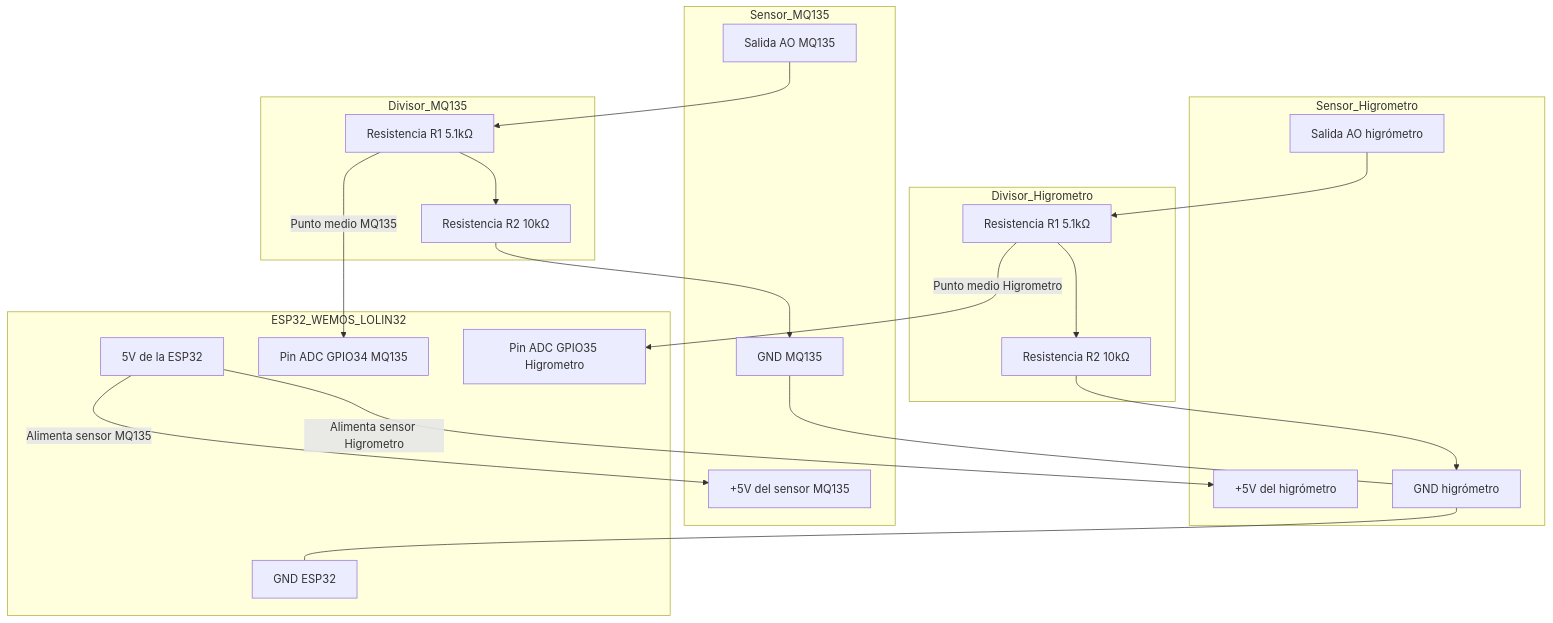
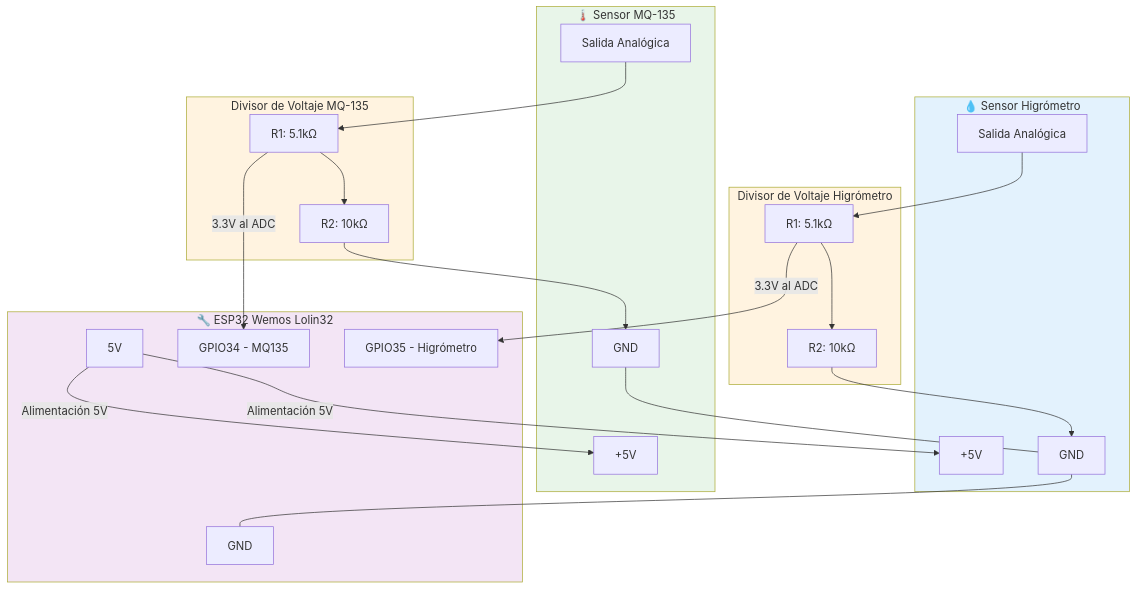
Before and after one commit to marlilycelis/sena-project-respira: the diagram in docs/conexiones.md, drawn with Mermaid. The commit also changed other lines of this file and 4 other files, not shown here.

````diff
--- a/docs/conexiones.md
+++ b/docs/conexiones.md
@@ -6,52 +26,58 @@
-<div class="mermaid">
+```mermaid
 graph TD
     %% ==== SENSOR MQ-135 ====
-    subgraph Sensor_MQ135
-        VCC5V[+5V del sensor MQ135]
-        AO[Salida AO MQ135]
-        GND_MQ[GND MQ135]
+    subgraph Sensor_MQ135["🌡️ Sensor MQ-135"]
+        VCC5V["+5V"]
+        AO["Salida Analógica"]
+        GND_MQ["GND"]
     end
 
     %% ==== SENSOR HIGRÓMETRO ====
-    subgraph Sensor_Higrometro
-        VCC_HIGRO[+5V del higrómetro]
-        AO_HIGRO[Salida AO higrómetro]
-        GND_HIGRO[GND higrómetro]
+    subgraph Sensor_Higrometro["💧 Sensor Higrómetro"]
+        VCC_HIGRO["+5V"]
+        AO_HIGRO["Salida Analógica"]
+        GND_HIGRO["GND"]
     end
 
     %% ==== DIVISORES ====
-    subgraph Divisor_MQ135
-        R1_MQ[Resistencia R1 5.1kΩ]
-        R2_MQ[Resistencia R2 10kΩ]
+    subgraph Divisor_MQ135["Divisor de Voltaje MQ-135"]
+        R1_MQ["R1: 5.1kΩ"]
+        R2_MQ["R2: 10kΩ"]
     end
 
-    subgraph Divisor_Higrometro
-        R1_H[Resistencia R1 5.1kΩ]
-        R2_H[Resistencia R2 10kΩ]
+    subgraph Divisor_Higrometro["Divisor de Voltaje Higrómetro"]
+        R1_H["R1: 5.1kΩ"]
+        R2_H["R2: 10kΩ"]
     end
 
     %% ==== ESP32 ====
-    subgraph ESP32_WEMOS_LOLIN32
-        VCC_ESP[5V de la ESP32]
-        ADC_MQ[Pin ADC GPIO34 MQ135]
-        ADC_H[Pin ADC GPIO35 Higrometro]
-        GND_ESP[GND ESP32]
+    subgraph ESP32_WEMOS_LOLIN32["🔧 ESP32 Wemos Lolin32"]
+        VCC_ESP["5V"]
+        ADC_MQ["GPIO34 - MQ135"]
+        ADC_H["GPIO35 - Higrómetro"]
+        GND_ESP["GND"]
     end
 
     %% ==== CONEXIONES MQ-135 ====
-    VCC_ESP -->|Alimenta sensor MQ135| VCC5V
+    VCC_ESP -->|"Alimentación 5V"| VCC5V
     AO --> R1_MQ
-    R1_MQ -->|Punto medio MQ135| ADC_MQ
+    R1_MQ -->|"3.3V al ADC"| ADC_MQ
     R1_MQ --> R2_MQ
     R2_MQ --> GND_MQ
 
     %% ==== CONEXIONES HIGRÓMETRO ====
-    VCC_ESP -->|Alimenta sensor Higrometro| VCC_HIGRO
+    VCC_ESP -->|"Alimentación 5V"| VCC_HIGRO
     AO_HIGRO --> R1_H
-    R1_H -->|Punto medio Higrometro| ADC_H
+    R1_H -->|"3.3V al ADC"| ADC_H
     R1_H --> R2_H
     R2_H --> GND_HIGRO
 
     %% ==== GND COMÚN ====
     GND_MQ --- GND_HIGRO --- GND_ESP
-</div>
+
+    style Sensor_MQ135 fill:#e8f5e9
+    style Sensor_Higrometro fill:#e3f2fd
+    style Divisor_MQ135 fill:#fff3e0
+    style Divisor_Higrometro fill:#fff3e0
+    style ESP32_WEMOS_LOLIN32 fill:#f3e5f5
+```
````
